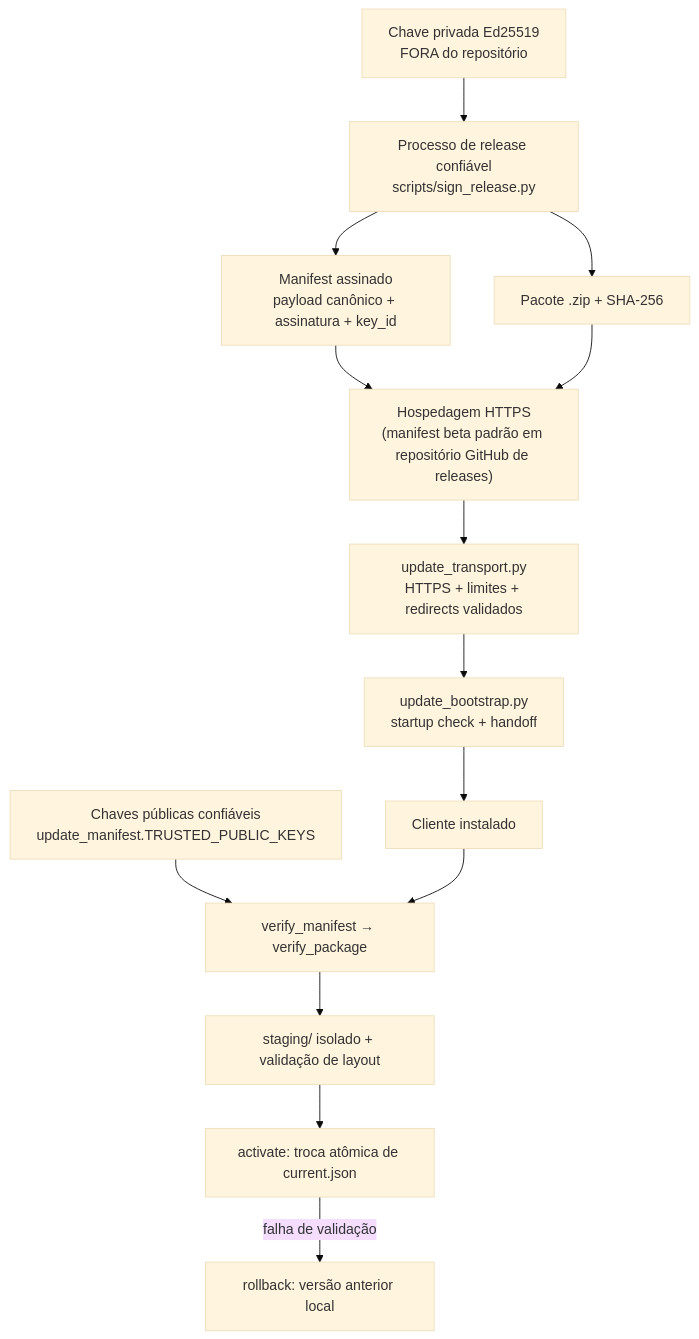
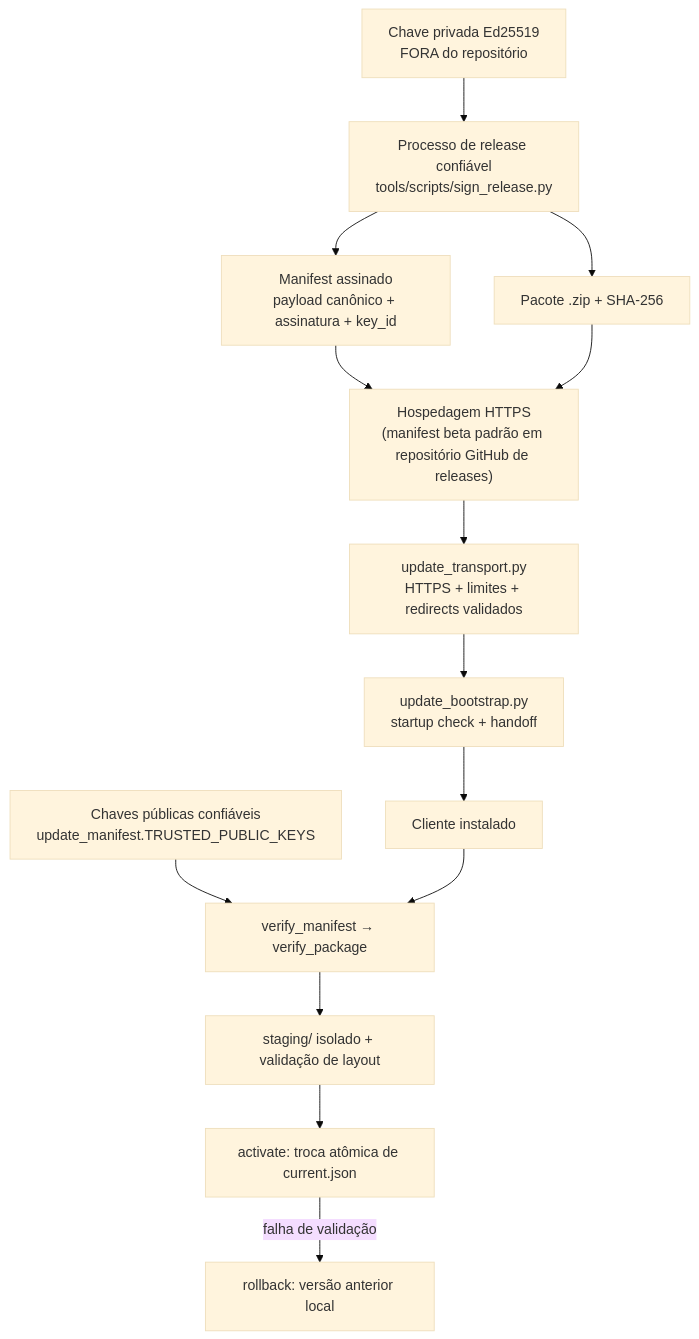
Diagram 15 of 17 in docs/technical/DOCUMENTACAO_TECNICA.md (HenriquePvAr/Yomu-Sekai), drawn with Mermaid (base theme) before and after one commit. The commit also changed other lines of this file and 35 other files, not shown here.

Commit message:
refactor(layout): move scripts under tools

````diff
--- a/docs/technical/DOCUMENTACAO_TECNICA.md
+++ b/docs/technical/DOCUMENTACAO_TECNICA.md
@@ -3069,27 +3068,27 @@
 ```mermaid
 flowchart TD
-    signer["Processo de release confiável<br/>scripts/sign_release.py"]
+    signer["Processo de release confiável<br/>tools/scripts/sign_release.py"]
     key["Chave privada Ed25519<br/>FORA do repositório"]
     manifest["Manifest assinado<br/>payload canônico + assinatura + key_id"]
     pkg["Pacote .zip + SHA-256"]
     host["Hospedagem HTTPS<br/>(manifest beta padrão em repositório GitHub de releases)"]
     transport["update_transport.py<br/>HTTPS + limites + redirects validados"]
     bootstrap["update_bootstrap.py<br/>startup check + handoff"]
     client["Cliente instalado"]
     pub["Chaves públicas confiáveis<br/>update_manifest.TRUSTED_PUBLIC_KEYS"]
     verify["verify_manifest → verify_package"]
     stage["staging/ isolado + validação de layout"]
     activate["activate: troca atômica de current.json"]
     rollback["rollback: versão anterior local"]
 
     key --> signer
     signer --> manifest
     signer --> pkg
     manifest --> host
     pkg --> host
     host --> transport --> bootstrap --> client
     pub --> verify
     client --> verify
     verify --> stage --> activate
     activate -->|falha de validação| rollback
 ```
````
